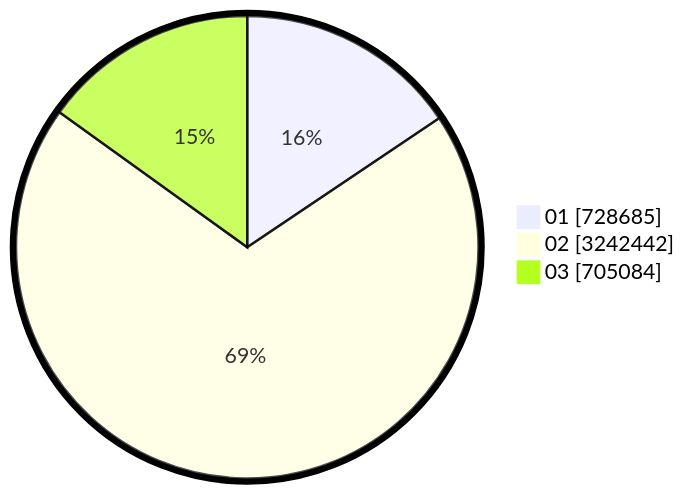
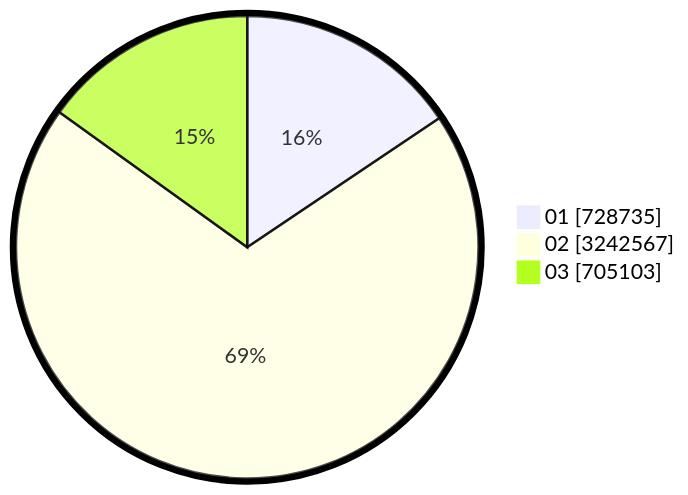
Before and after one commit to gigit-pemilu/pemilu-2024: the second of 2 diagrams in pilpres/hitung-suara/sub/table-wilayah-18.md, drawn with Mermaid. The commit also changed other lines of this file and 9 other files, not shown here.

````diff
--- a/pilpres/hitung-suara/sub/table-wilayah-18.md
+++ b/pilpres/hitung-suara/sub/table-wilayah-18.md
@@ -15,7 +15,7 @@
 ```mermaid
 %%{init: {"pie": {"textPosition": 0.5}, "themeVariables": {"pieOuterStrokeWidth": "5px"}} }%%
 pie showData
-    "01" : 728685
-    "02" : 3242442
-    "03" : 705084
+    "01" : 728735
+    "02" : 3242567
+    "03" : 705103
 ```
````
